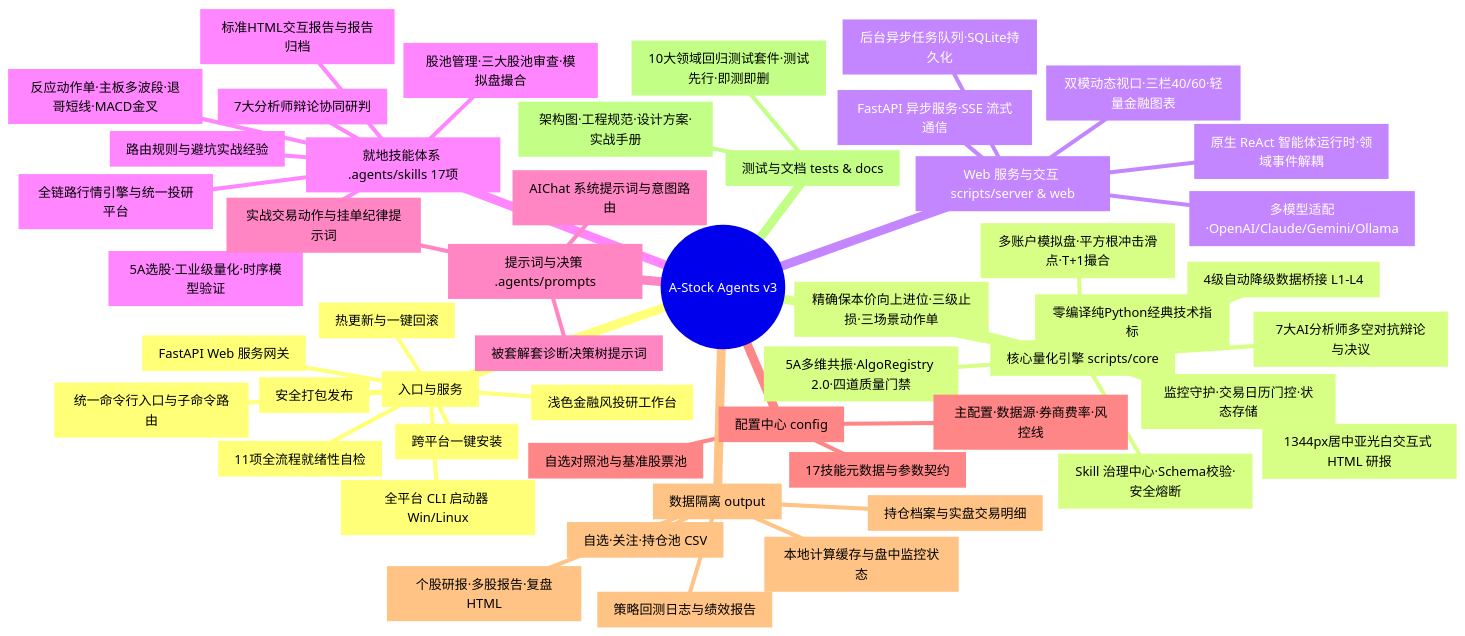
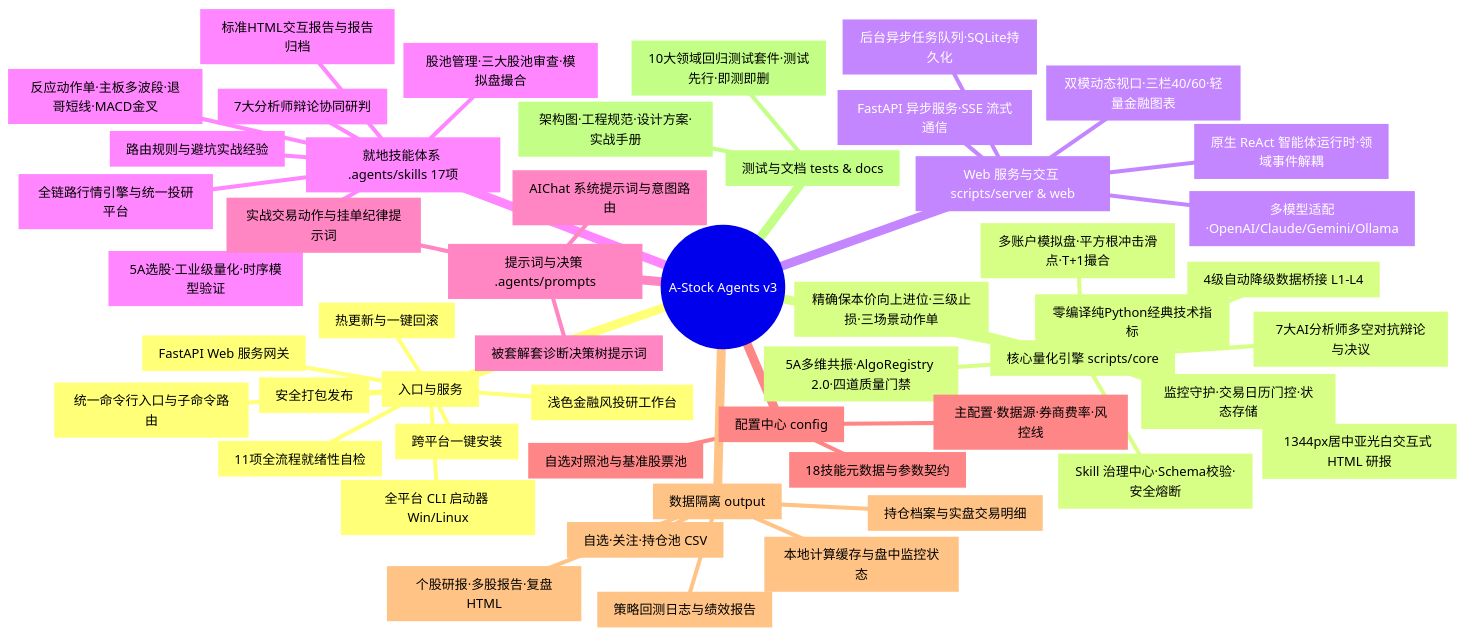
The first of 3 diagrams in docs/index.md (cvdnn/a_stock_agents), drawn with Mermaid before and after one commit. The commit also changed other lines of this file and 62 other files, not shown here.

````diff
--- a/docs/index.md
+++ b/docs/index.md
@@ -9,54 +9,54 @@
 ```mermaid
 mindmap
   root((A-Stock Agents v3))
     [入口与服务]
       bin/astock[全平台 CLI 启动器 Win/Linux]
       scripts/core/cli.py[统一命令行入口与子命令路由]
       scripts/server/app.py[FastAPI Web 服务网关]
       web/index.html[浅色金融风投研工作台]
       bin/pack.py[安全打包发布]
       bin/update.py[热更新与一键回滚]
       install.ps1/install.sh[跨平台一键安装]
       verify.py[11项全流程就绪性自检]
     [核心量化引擎 scripts/core]
       data[4级自动降级数据桥接 L1-L4]
       indicators[零编译纯Python经典技术指标]
       models[5A多维共振·AlgoRegistry 2.0·四道质量门禁]
       strategy[精确保本价向上进位·三级止损·三场景动作单]
       multi_agent[7大AI分析师多空对抗辩论与决议]
       paper_trading[多账户模拟盘·平方根冲击滑点·T+1撮合]
       governance[Skill 治理中心·Schema校验·安全熔断]
       monitor[监控守护·交易日历门控·状态存储]
       reporting[1344px居中亚光白交互式 HTML 研报]
     [Web 服务与交互 scripts/server & web]
       fastapi_gateway[FastAPI 异步服务·SSE 流式通信]
       react_runtime[原生 ReAct 智能体运行时·领域事件解耦]
       multi_llm[多模型适配·OpenAI/Claude/Gemini/Ollama]
       async_tasks[后台异步任务队列·SQLite持久化]
       web_workbench[双模动态视口·三栏40/60·轻量金融图表]
     [就地技能体系 .agents/skills 17项]
       L0元系统[路由规则与避坑实战经验]
       L1数据平台[全链路行情引擎与统一投研平台]
       L2选股量化[5A选股·工业级量化·时序模型验证]
       L3执行策略[反应动作单·主板多波段·退哥短线·MACD金叉]
       L4面板交易[股池管理·三大股池审查·模拟盘撮合]
       L5多智能体[7大分析师辩论协同研判]
       L6展现报告[标准HTML交互报告与报告归档]
     [提示词与决策 .agents/prompts]
       aichat_system_prompt[AIChat 系统提示词与意图路由]
       trading_action_prompts[实战交易动作与挂单纪律提示词]
       trapped_diagnostic_prompts[被套解套诊断决策树提示词]
     [配置中心 config]
       config.yaml[主配置·数据源·券商费率·风控线]
-      skills_manifest[17技能元数据与参数契约]
+      skills_manifest[18技能元数据与参数契约]
       stock_pools.yaml[自选对照池与基准股票池]
     [数据隔离 output]
       pools[自选·关注·持仓池 CSV]
       positions[持仓档案与实盘交易明细]
       reports[个股研报·多股报告·复盘HTML]
       cache[本地计算缓存与盘中监控状态]
       backtest[策略回测日志与绩效报告]
     [测试与文档 tests & docs]
       tests[10大领域回归测试套件·测试先行·即测即删]
       docs[架构图·工程规范·设计方案·实战手册]
 ```
````
